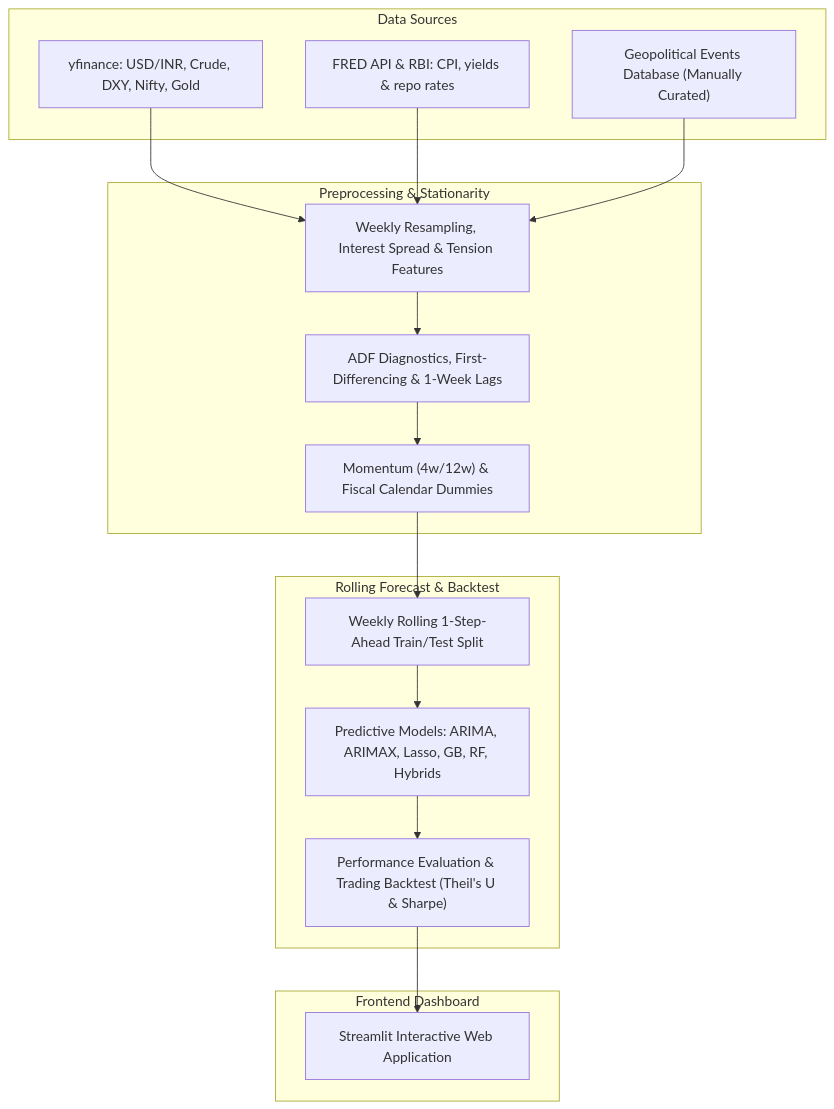
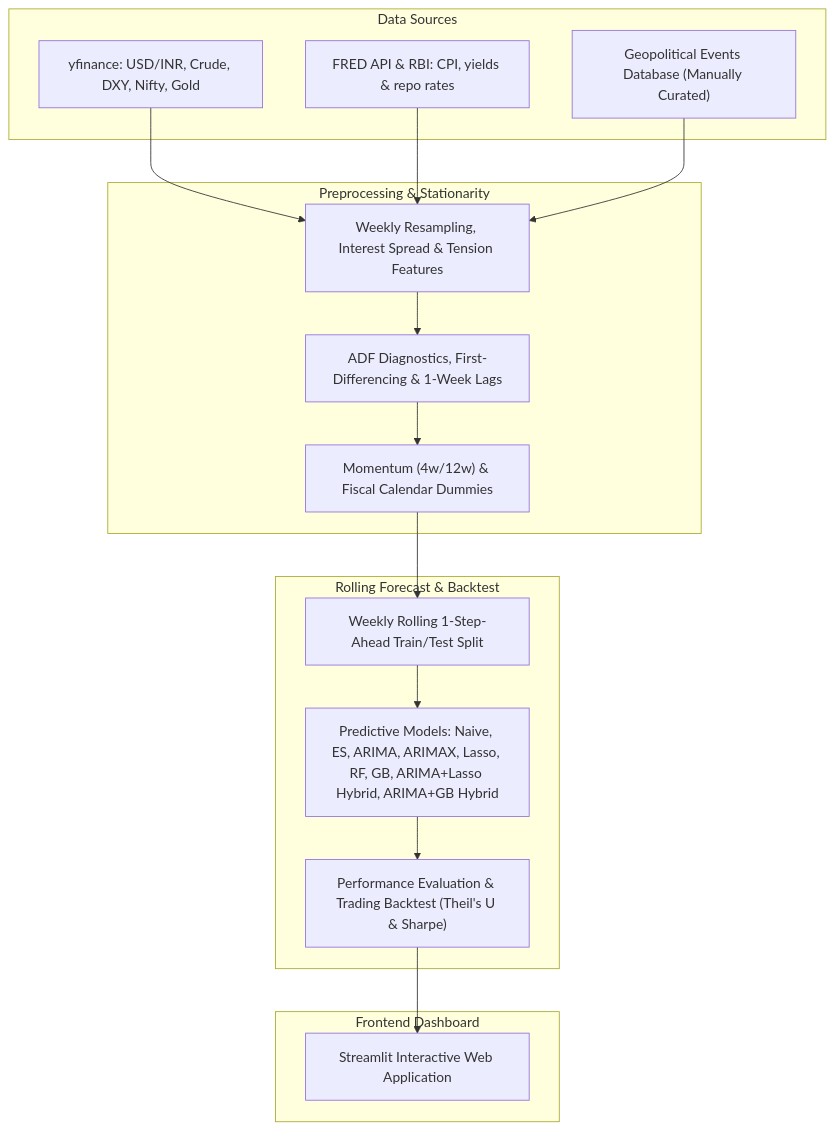
One commit to srishti7103/RupeeRisk changed the diagram in README.md. Above: the diagram before and after it, drawn with Mermaid. The commit also changed other lines of this file, not shown here.

````diff
--- a/README.md
+++ b/README.md
@@ -20,37 +20,37 @@
 ```mermaid
 graph TD
     %% Data Sources
     subgraph Data Sources
         YF["yfinance: USD/INR, Crude, DXY, Nifty, Gold"]
         FRED["FRED API & RBI: CPI, yields & repo rates"]
         GEOP["Geopolitical Events Database (Manually Curated)"]
     end
 
     %% Preprocessing & Engine
     subgraph Preprocessing & Stationarity
         PREP["Weekly Resampling, Interest Spread & Tension Features"]
         ENG["ADF Diagnostics, First-Differencing & 1-Week Lags"]
         FEAT["Momentum (4w/12w) & Fiscal Calendar Dummies"]
     end
 
     %% Modeling Loop
     subgraph Rolling Forecast & Backtest
         LOOP["Weekly Rolling 1-Step-Ahead Train/Test Split"]
-        MODELS["Predictive Models: ARIMA, ARIMAX, Lasso, GB, RF, Hybrids"]
+        MODELS["Predictive Models: Naive, ES, ARIMA, ARIMAX, Lasso, RF, GB, ARIMA+Lasso Hybrid, ARIMA+GB Hybrid"]
         EVAL["Performance Evaluation & Trading Backtest (Theil's U & Sharpe)"]
     end
 
     %% Serve
     subgraph Frontend Dashboard
         APP["Streamlit Interactive Web Application"]
     end
 
     %% Flow Connections
     YF & FRED & GEOP --> PREP
     PREP --> ENG
     ENG --> FEAT
     FEAT --> LOOP
     LOOP --> MODELS
     MODELS --> EVAL
     EVAL --> APP
 ```
````
